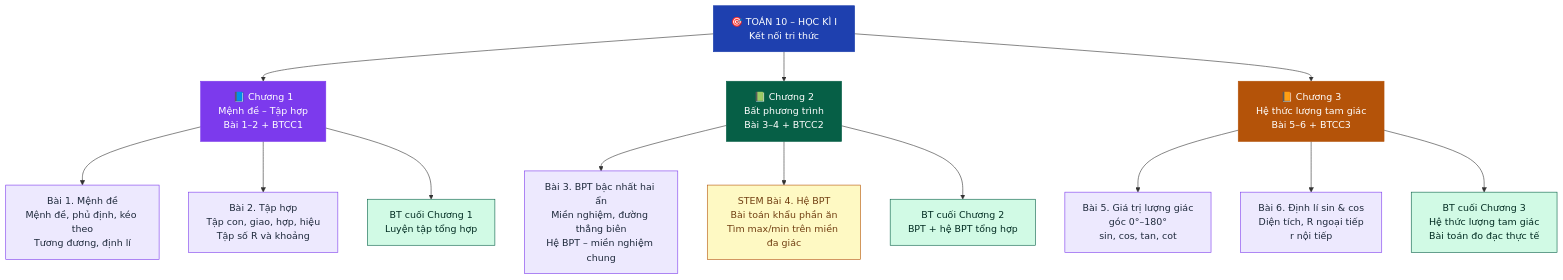
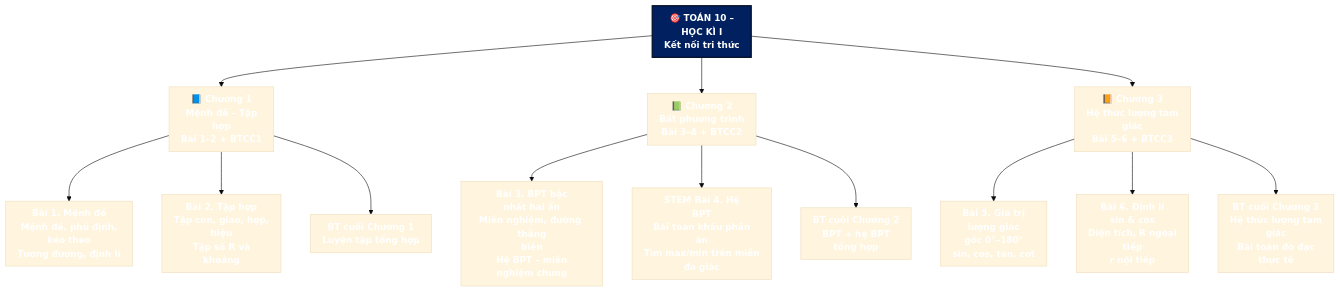
The first of 30 diagrams in README.md (Trangtu66/Taode_thi_online), drawn with Mermaid before and after one commit. The commit also changed other lines of this file and 299 other files, not shown here.

````diff
--- a/README.md
+++ b/README.md
@@ -64,27 +64,32 @@
 ```mermaid
+%%{init: {"theme": "base", "htmlLabels": true, "flowchart": {"htmlLabels": true, "padding": 10, "curve": "basis"}, "themeVariables": {"fontSize": "15px"}}}%%
 graph TD
-    T10["🎯 TOÁN 10 – HỌC KÌ I<br/>Kết nối tri thức"]:::root
-    T10 --> CH1["📘 Chương 1<br/>Mệnh đề – Tập hợp<br/>Bài 1–2 + BTCC1"]:::nhom1
+    T10["🎯 TOÁN 10 –<br/>HỌC KÌ I<br/>Kết nối tri thức"]:::root
+    T10 --> CH1["📘 Chương 1<br/>Mệnh đề – Tập<br/>hợp<br/>Bài 1–2 + BTCC1"]:::nhom1
     T10 --> CH2["📗 Chương 2<br/>Bất phương trình<br/>Bài 3–4 + BTCC2"]:::nhom2
-    T10 --> CH3["📙 Chương 3<br/>Hệ thức lượng tam giác<br/>Bài 5–6 + BTCC3"]:::nhom3
+    T10 --> CH3["📙 Chương 3<br/>Hệ thức lượng tam<br/>giác<br/>Bài 5–6 + BTCC3"]:::nhom3
 
-    CH1 --> B1["Bài 1. Mệnh đề<br/>Mệnh đề, phủ định, kéo theo<br/>Tương đương, định lí"]:::bai
-    CH1 --> B2["Bài 2. Tập hợp<br/>Tập con, giao, hợp, hiệu<br/>Tập số R và khoảng"]:::bai
+    CH1 --> B1["Bài 1. Mệnh đề<br/>Mệnh đề, phủ định,<br/>kéo theo<br/>Tương đương, định lí"]:::bai
+    CH1 --> B2["Bài 2. Tập hợp<br/>Tập con, giao, hợp,<br/>hiệu<br/>Tập số R và<br/>khoảng"]:::bai
     CH1 --> BT1["BT cuối Chương 1<br/>Luyện tập tổng hợp"]:::bt
 
-    CH2 --> B3["Bài 3. BPT bậc nhất hai ẩn<br/>Miền nghiệm, đường thẳng biên<br/>Hệ BPT – miền nghiệm chung"]:::bai
-    CH2 --> B4["STEM Bài 4. Hệ BPT<br/>Bài toán khẩu phần ăn<br/>Tìm max/min trên miền đa giác"]:::stem
-    CH2 --> BT2["BT cuối Chương 2<br/>BPT + hệ BPT tổng hợp"]:::bt
+    CH2 --> B3["Bài 3. BPT bậc<br/>nhất hai ẩn<br/>Miền nghiệm, đường thẳng<br/>biên<br/>Hệ BPT – miền<br/>nghiệm chung"]:::bai
+    CH2 --> B4["STEM Bài 4. Hệ<br/>BPT<br/>Bài toán khẩu phần<br/>ăn<br/>Tìm max/min trên miền<br/>đa giác"]:::stem
+    CH2 --> BT2["BT cuối Chương 2<br/>BPT + hệ BPT<br/>tổng hợp"]:::bt
 
-    CH3 --> B5["Bài 5. Giá trị lượng giác<br/>góc 0°–180°<br/>sin, cos, tan, cot"]:::bai
-    CH3 --> B6["Bài 6. Định lí sin & cos<br/>Diện tích, R ngoại tiếp<br/>r nội tiếp"]:::bai
-    CH3 --> BT3["BT cuối Chương 3<br/>Hệ thức lượng tam giác<br/>Bài toán đo đạc thực tế"]:::bt
+    CH3 --> B5["Bài 5. Giá trị<br/>lượng giác<br/>góc 0°–180°<br/>sin, cos, tan, cot"]:::bai
+    CH3 --> B6["Bài 6. Định lí<br/>sin & cos<br/>Diện tích, R ngoại<br/>tiếp<br/>r nội tiếp"]:::bai
+    CH3 --> BT3["BT cuối Chương 3<br/>Hệ thức lượng tam<br/>giác<br/>Bài toán đo đạc<br/>thực tế"]:::bt
 
-    classDef root  fill:#1E40AF,color:#fff,stroke:#1E40AF
-    classDef nhom1 fill:#7C3AED,color:#fff,stroke:#7C3AED
-    classDef nhom2 fill:#065F46,color:#fff,stroke:#065F46
-    classDef nhom3 fill:#B45309,color:#fff,stroke:#B45309
-    classDef bai   fill:#EDE9FE,color:#1E293B,stroke:#7C3AED
-    classDef stem  fill:#FEF9C3,color:#713F12,stroke:#B45309
-    classDef bt    fill:#D1FAE5,color:#022c22,stroke:#065F46
+    classDef root fill:#002060,color:#FFFFFF,stroke:#000B1E,stroke-width:2px,font-weight:bold
+    classDef n1 fill:#E2EFDA,color:#000000,stroke:#375623,stroke-width:3px,font-weight:bold
+    classDef n2 fill:#FFF2CC,color:#000000,stroke:#BF8F00,stroke-width:3px,font-weight:bold
+    classDef n3 fill:#E2EFDA,color:#000000,stroke:#375623,stroke-width:3px,font-weight:bold
+    classDef n4 fill:#FFF2CC,color:#000000,stroke:#BF8F00,stroke-width:3px,font-weight:bold
+    classDef n5 fill:#E2EFDA,color:#000000,stroke:#375623,stroke-width:3px,font-weight:bold
+    classDef l1 fill:#EDF5E8,color:#000000,stroke:#548235
+    classDef l2 fill:#FFF8E1,color:#000000,stroke:#BF8F00
+    classDef l3 fill:#E3EEF9,color:#000000,stroke:#2F5597
+    classDef l4 fill:#F3E8F7,color:#000000,stroke:#7030A0
+    classDef l5 fill:#FDE9E1,color:#000000,stroke:#C55A11
 ```
````
